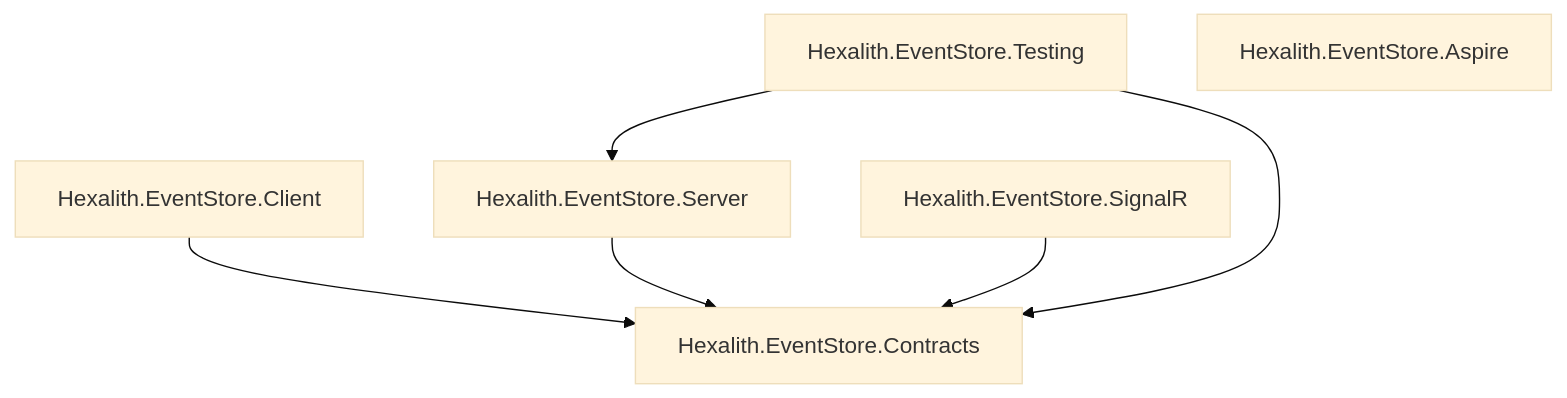
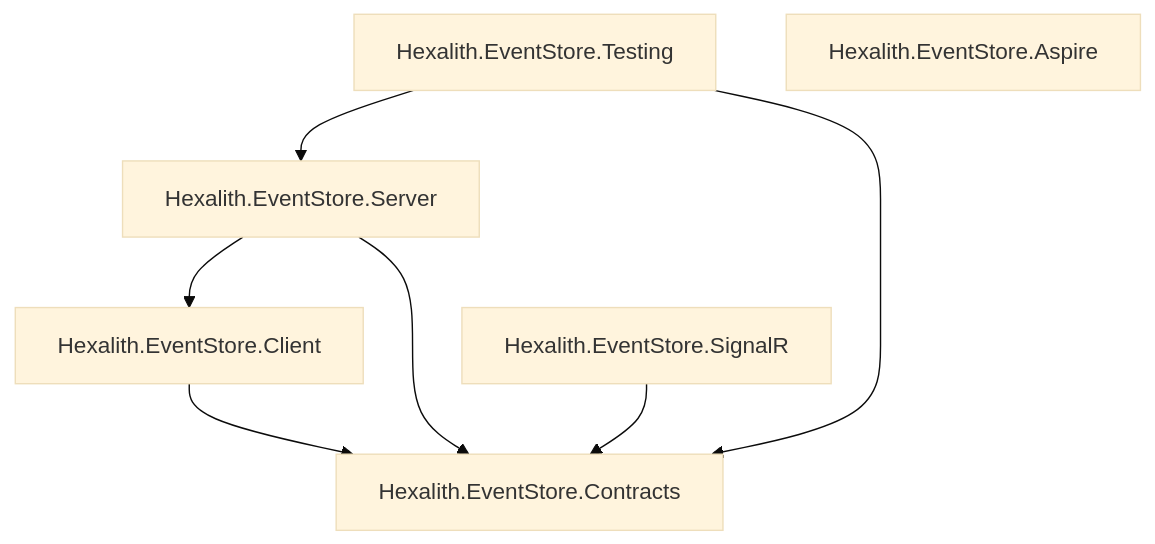
The diagram in docs/reference/nuget-packages.md (Hexalith/Hexalith.EventStore), drawn with Mermaid (base theme) before and after one commit. The commit also changed other lines of this file and 98 other files, not shown here.

````diff
--- a/docs/reference/nuget-packages.md
+++ b/docs/reference/nuget-packages.md
@@ -22,15 +22,16 @@
 ```mermaid
 graph TD
     Contracts[Hexalith.EventStore.Contracts]
     Client[Hexalith.EventStore.Client]
     Server[Hexalith.EventStore.Server]
     SignalR[Hexalith.EventStore.SignalR]
     Testing[Hexalith.EventStore.Testing]
     Aspire[Hexalith.EventStore.Aspire]
 
     Client --> Contracts
+    Server --> Client
     Server --> Contracts
     SignalR --> Contracts
     Testing --> Contracts
     Testing --> Server
 ```
````
